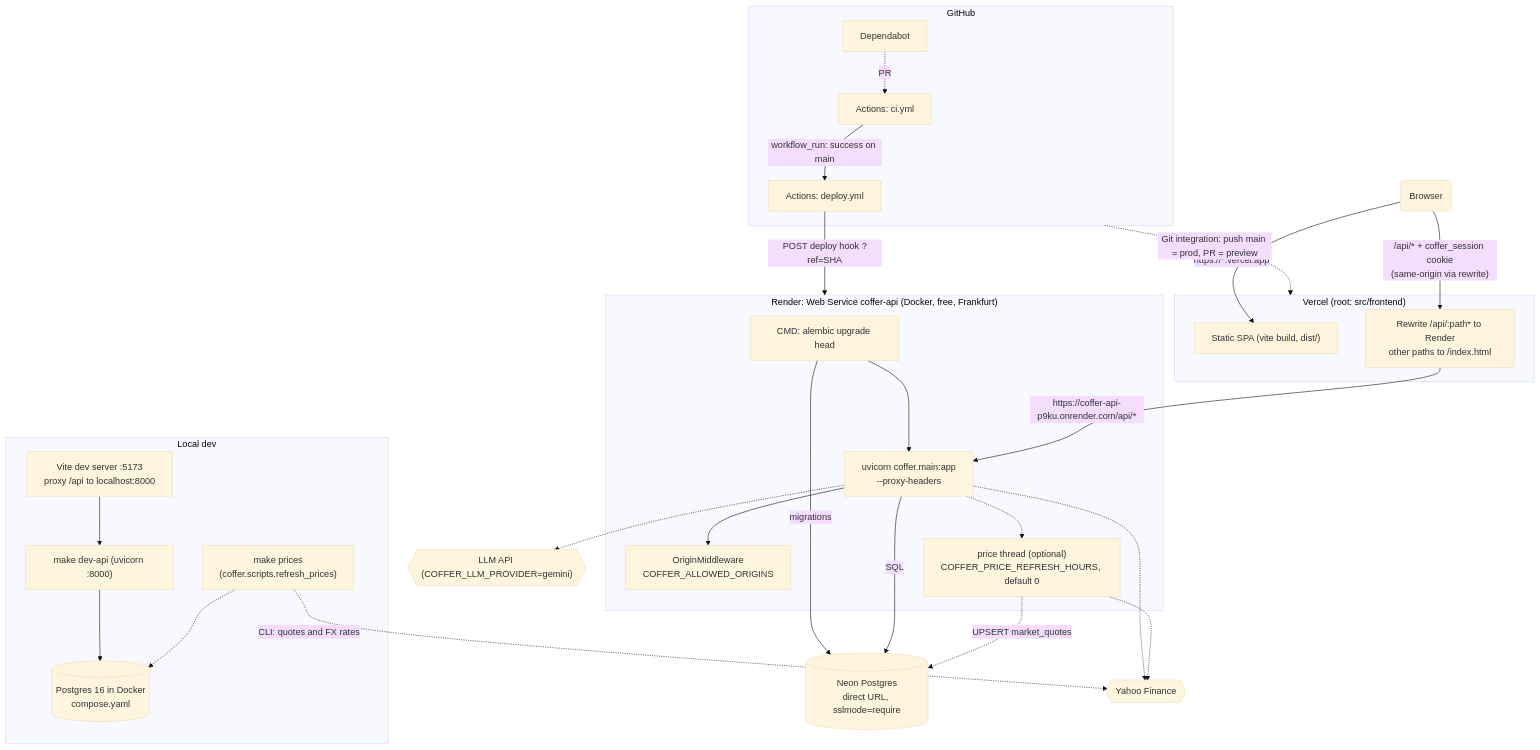
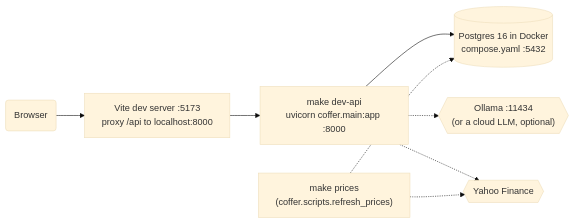
One commit to krzysztof-wojtowicz/coffer-demo changed the second of 7 diagrams in docs/architecture.md. Above: the diagram before and after it, drawn with Mermaid (base theme). The commit also changed other lines of this file and 29 other files, not shown here.

First line of the commit message:
Remove deployment and GitHub automation; run locally only

````diff
--- a/docs/architecture.md
+++ b/docs/architecture.md
@@ -77,52 +76,16 @@
 ```mermaid
-flowchart TB
+flowchart LR
     browser("Browser")
+    vite["Vite dev server :5173<br/>proxy /api to localhost:8000"]
+    api["make dev-api<br/>uvicorn coffer.main:app :8000"]
+    pg[("Postgres 16 in Docker<br/>compose.yaml :5432")]
+    ollama{{"Ollama :11434<br/>(or a cloud LLM, optional)"}}
+    yahoo{{"Yahoo Finance"}}
+    prices["make prices<br/>(coffer.scripts.refresh_prices)"]
 
-    subgraph vercel["Vercel (root: src/frontend)"]
-        spa["Static SPA (vite build, dist/)"]
-        rewrite["Rewrite /api/:path* to Render<br/>other paths to /index.html"]
-    end
-
-    subgraph render["Render: Web Service coffer-api (Docker, free, Frankfurt)"]
-        start["CMD: alembic upgrade head"]
-        uvicorn["uvicorn coffer.main:app<br/>--proxy-headers"]
-        origin["OriginMiddleware<br/>COFFER_ALLOWED_ORIGINS"]
-        pricejob["price thread (optional)<br/>COFFER_PRICE_REFRESH_HOURS, default 0"]
-        start --> uvicorn --> origin
-        uvicorn -.-> pricejob
-    end
-
-    neonprod[("Neon Postgres<br/>direct URL, sslmode=require")]
-    llmext{{"LLM API (COFFER_LLM_PROVIDER=gemini)"}}
-    yahoo2{{"Yahoo Finance"}}
-
-    subgraph github["GitHub"]
-        ci["Actions: ci.yml"]
-        deploy["Actions: deploy.yml"]
-        dependabot["Dependabot"]
-    end
-
-    subgraph local["Local dev"]
-        vite["Vite dev server :5173<br/>proxy /api to localhost:8000"]
-        devapi["make dev-api (uvicorn :8000)"]
-        pg[("Postgres 16 in Docker<br/>compose.yaml")]
-        vite --> devapi --> pg
-        prices["make prices<br/>(coffer.scripts.refresh_prices)"]
-    end
-
-    browser -->|"https://*.vercel.app"| spa
-    browser -->|"/api/* + coffer_session cookie<br/>(same-origin via rewrite)"| rewrite
-    rewrite -->|"https://coffer-api-p9ku.onrender.com/api/*"| uvicorn
-    start -->|"migrations"| neonprod
-    uvicorn -->|"SQL"| neonprod
-    uvicorn -.-> llmext
-    uvicorn -.-> yahoo2
-    pricejob -.->|"UPSERT market_quotes"| neonprod
-    pricejob -.-> yahoo2
-    prices -.->|"CLI: quotes and FX rates"| yahoo2
+    browser --> vite --> api --> pg
+    api -.-> ollama
+    api -.-> yahoo
+    prices -.-> yahoo
     prices -.-> pg
-    dependabot -.->|"PR"| ci
-    ci -->|"workflow_run: success on main"| deploy
-    deploy -->|"POST deploy hook ?ref=SHA"| render
-    github -.->|"Git integration: push main = prod, PR = preview"| vercel
 ```
````
